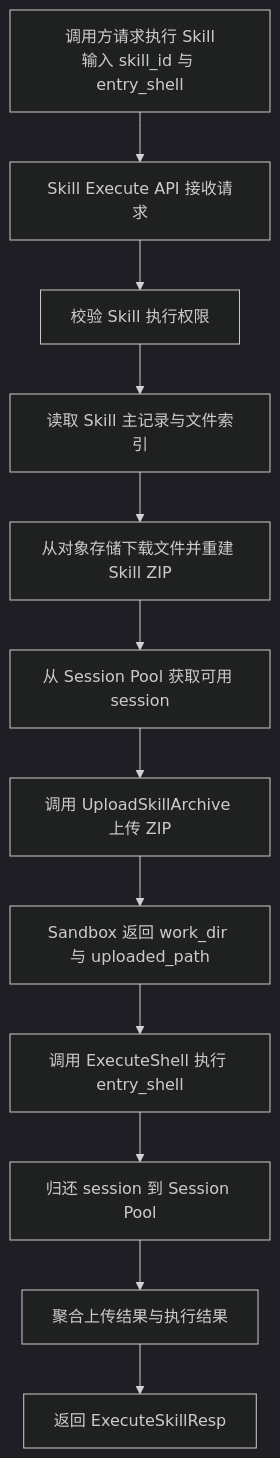
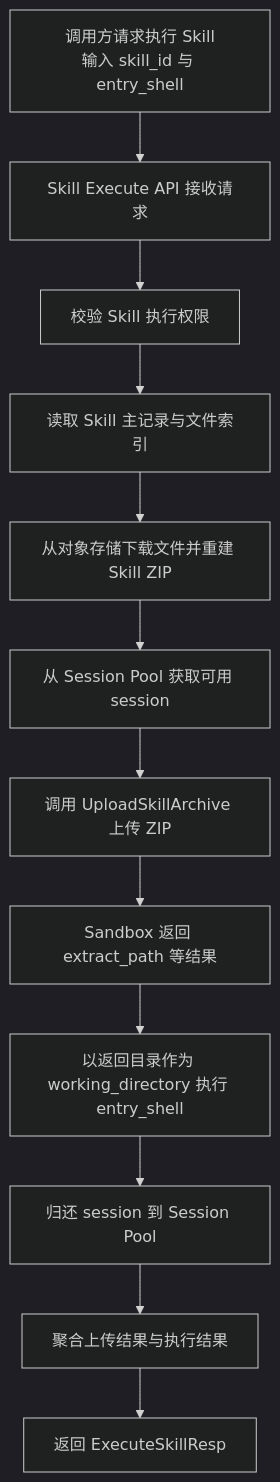
The first of 2 diagrams in execution-factory/operator-integration/docs/design/features/skill_execution_sandbox_design.md (kweaver-ai/adp), drawn with Mermaid (dark theme) before and after one commit. The commit also changed other lines of this file and 5 other files, not shown here.

````diff
--- a/execution-factory/operator-integration/docs/design/features/skill_execution_sandbox_design.md
+++ b/execution-factory/operator-integration/docs/design/features/skill_execution_sandbox_design.md
@@ -92,14 +95,14 @@
 ```mermaid
 flowchart TD
     A[调用方请求执行 Skill<br/>输入 skill_id 与 entry_shell] --> B[Skill Execute API 接收请求]
     B --> C[校验 Skill 执行权限]
     C --> D[读取 Skill 主记录与文件索引]
     D --> E[从对象存储下载文件并重建 Skill ZIP]
     E --> F[从 Session Pool 获取可用 session]
     F --> G[调用 UploadSkillArchive 上传 ZIP]
-    G --> H[Sandbox 返回 work_dir 与 uploaded_path]
-    H --> I[调用 ExecuteShell 执行 entry_shell]
+    G --> H[Sandbox 返回 extract_path 等结果]
+    H --> I[以返回目录作为 working_directory 执行 entry_shell]
     I --> J[归还 session 到 Session Pool]
     J --> K[聚合上传结果与执行结果]
     K --> L[返回 ExecuteSkillResp]
 ```
````
